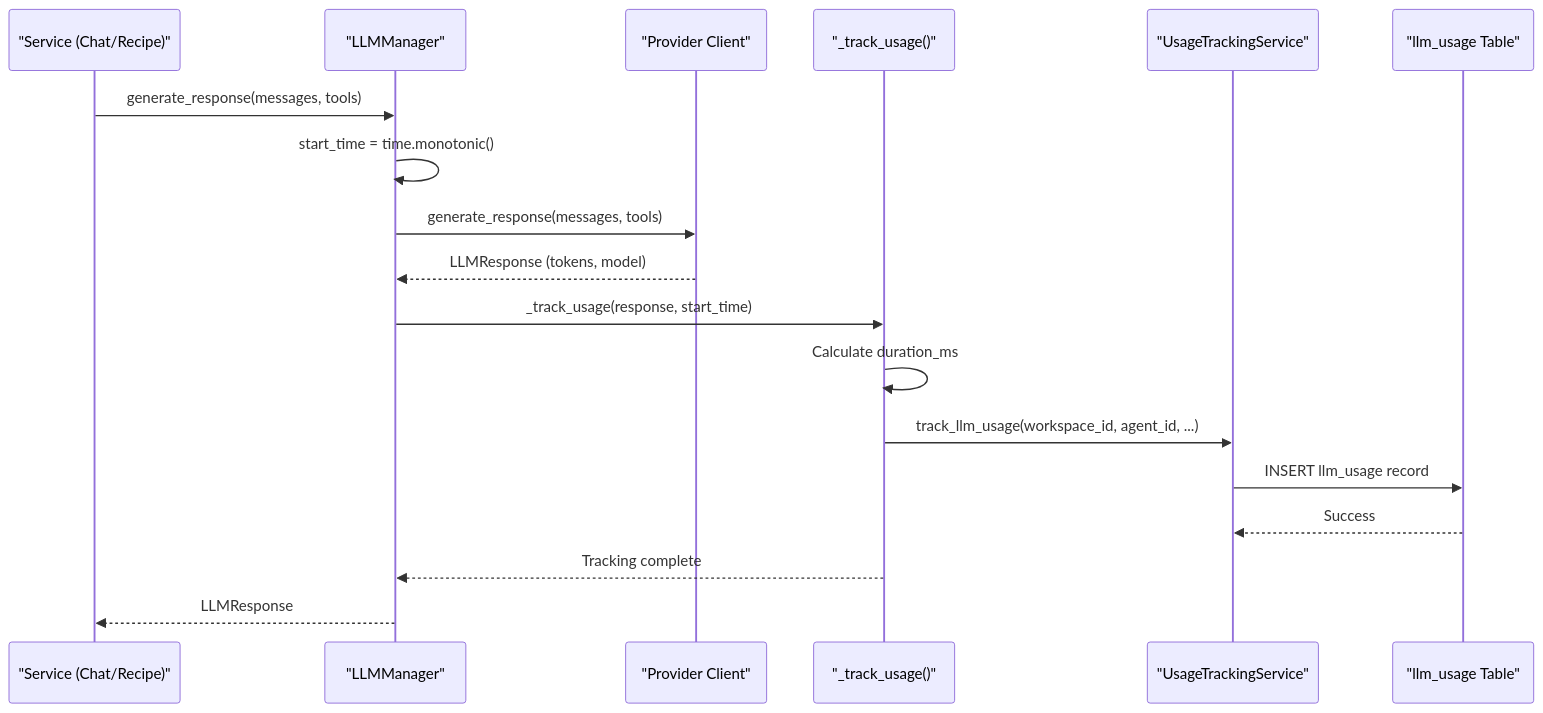
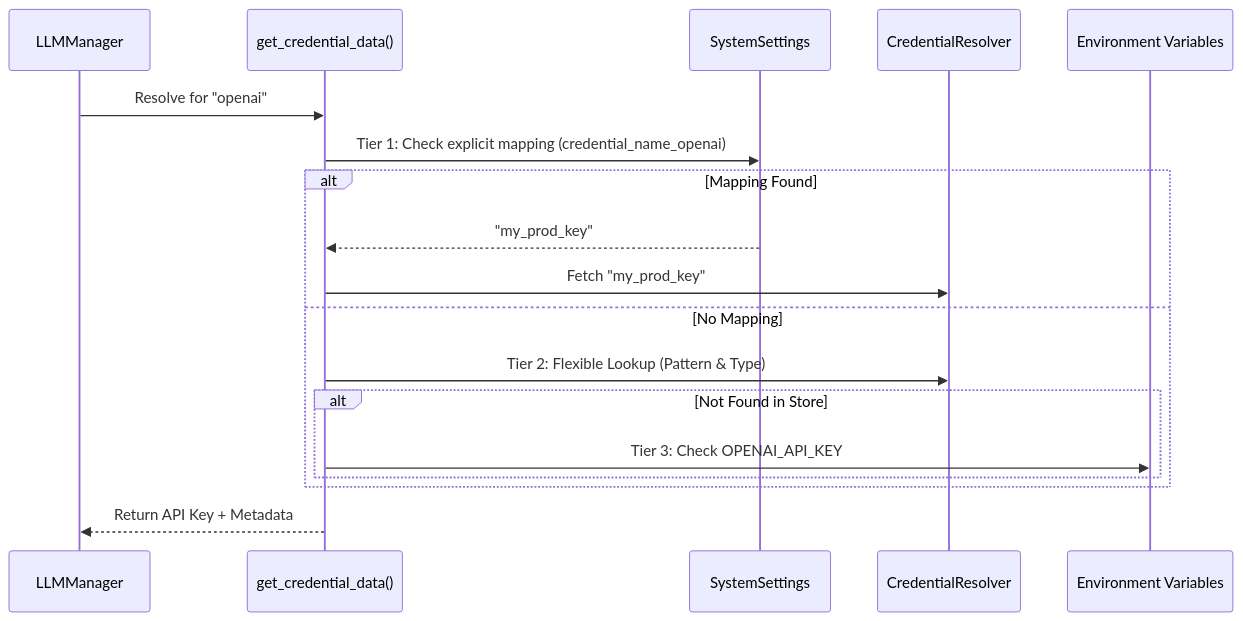
The second of 2 diagrams in docs/agents/llm-provider-management.md (AutomatosAI/automatos-ai), drawn with Mermaid before and after one commit. The commit also changed other lines of this file and 149 other files, not shown here.

Commit message:
docs: refresh documentation with graphify semantic scan

````diff
--- a/docs/agents/llm-provider-management.md
+++ b/docs/agents/llm-provider-management.md
@@ -483,21 +167,21 @@
 ```mermaid
 sequenceDiagram
-    participant Caller as "Service (Chat/Recipe)"
-    participant Manager as "LLMManager"
-    participant Provider as "Provider Client"
-    participant TrackUsage as "_track_usage()"
-    participant UsageService as "UsageTrackingService"
-    participant DB as "llm_usage Table"
-    
-    Caller->>Manager: generate_response(messages, tools)
-    Manager->>Manager: start_time = time.monotonic()
-    Manager->>Provider: generate_response(messages, tools)
-    Provider-->>Manager: LLMResponse (tokens, model)
-    Manager->>TrackUsage: _track_usage(response, start_time)
-    TrackUsage->>TrackUsage: Calculate duration_ms
-    TrackUsage->>UsageService: track_llm_usage(workspace_id, agent_id, ...)
-    UsageService->>DB: INSERT llm_usage record
-    DB-->>UsageService: Success
-    TrackUsage-->>Manager: Tracking complete
-    Manager-->>Caller: LLMResponse
+    participant Manager as LLMManager
+    participant Resolver as get_credential_data()
+    participant Settings as SystemSettings
+    participant Creds as CredentialResolver
+    participant Env as Environment Variables
+
+    Manager->>Resolver: Resolve for "openai"
+    Resolver->>Settings: Tier 1: Check explicit mapping (credential_name_openai)
+    alt Mapping Found
+        Settings-->>Resolver: "my_prod_key"
+        Resolver->>Creds: Fetch "my_prod_key"
+    else No Mapping
+        Resolver->>Creds: Tier 2: Flexible Lookup (Pattern & Type)
+        alt Not Found in Store
+            Resolver->>Env: Tier 3: Check OPENAI_API_KEY
+        end
+    end
+    Resolver-->>Manager: Return API Key + Metadata
 ```
````
